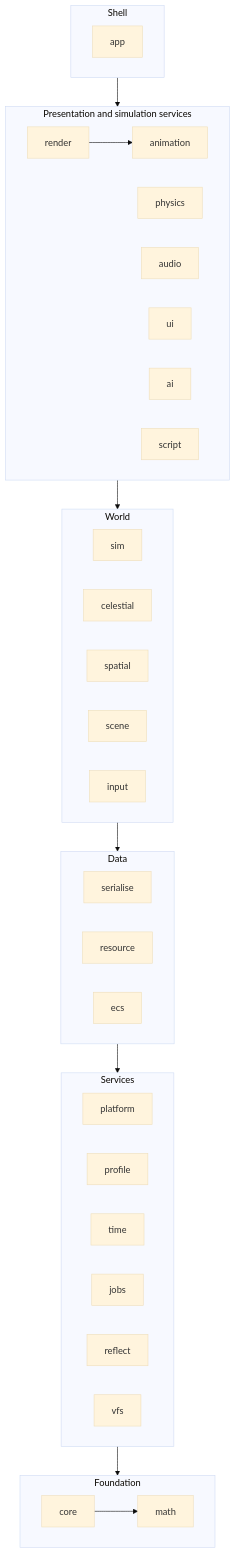
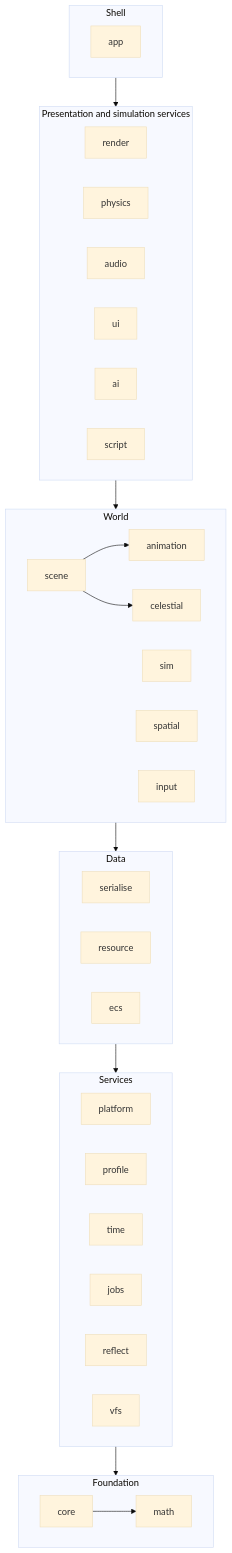
Before and after one commit to ivanhawkes/jettison: the diagram in docs/architecture.md, drawn with Mermaid (base theme). The commit also changed other lines of this file and 83 other files, not shown here.

````diff
--- a/docs/architecture.md
+++ b/docs/architecture.md
@@ -113,27 +107,28 @@
 ```mermaid
 flowchart TB
     subgraph T0[Foundation]
         core --> math
     end
     subgraph T1[Services]
         platform; profile; time; jobs; reflect; vfs
     end
     subgraph T2[Data]
         serialise; resource; ecs
     end
     subgraph T3[World]
-        sim; celestial; spatial; scene; input
+        scene --> animation
+        scene --> celestial
+        sim; spatial; input
     end
     subgraph T4[Presentation and simulation services]
-        render --> animation
-        physics; audio; ui; ai; script
+        render; physics; audio; ui; ai; script
     end
     subgraph T5[Shell]
         app
     end
     T1 --> T0
     T2 --> T1
     T3 --> T2
     T4 --> T3
     T5 --> T4
 ```
````
